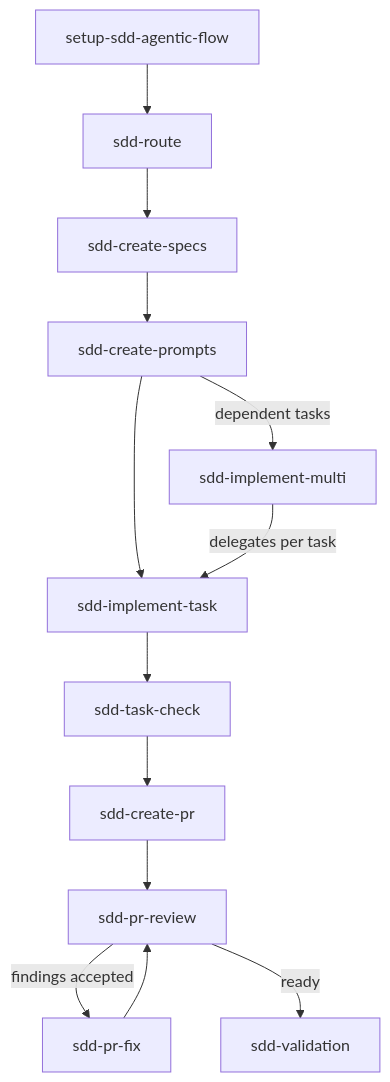
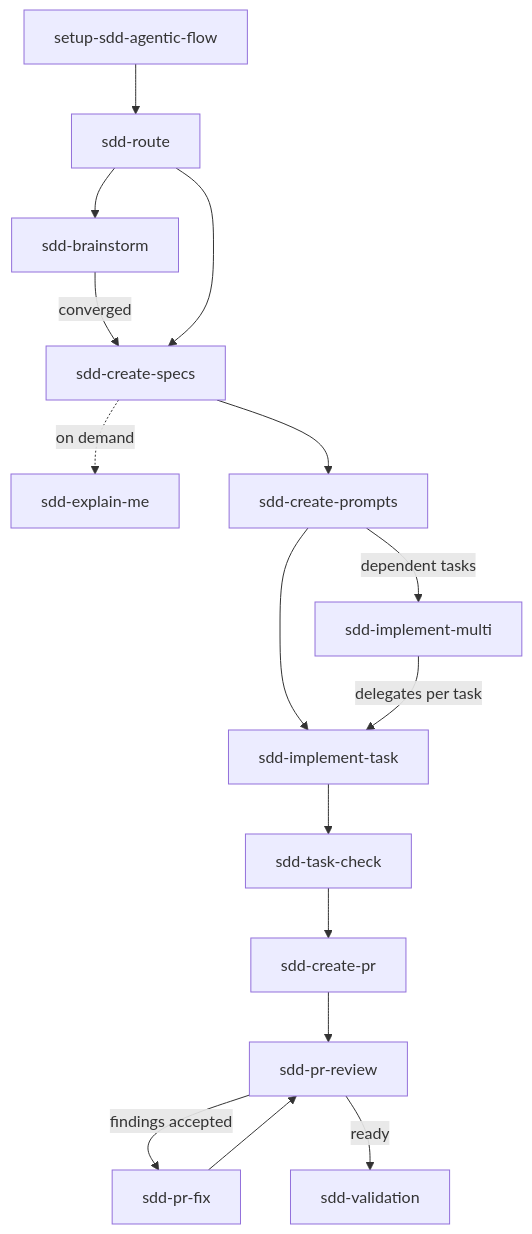
Before and after one commit to gmartins-dev/sdd-agentic-flow: the diagram in README.md, drawn with Mermaid. The commit also changed other lines of this file and 45 other files, not shown here.

````diff
--- a/README.md
+++ b/README.md
@@ -124,15 +124,18 @@
 ```mermaid
 flowchart TD
   setup[setup-sdd-agentic-flow] --> route[sdd-route]
-  route --> specs[sdd-create-specs]
+  route --> brainstorm[sdd-brainstorm]
+  brainstorm -->|converged| specs[sdd-create-specs]
+  route --> specs
+  specs -.->|on demand| explain[sdd-explain-me]
   specs --> prompts[sdd-create-prompts]
   prompts --> implement[sdd-implement-task]
   prompts -->|dependent tasks| implementmulti[sdd-implement-multi]
   implementmulti -->|delegates per task| implement
   implement --> check[sdd-task-check]
   check --> pr[sdd-create-pr]
   pr --> review[sdd-pr-review]
   review -->|findings accepted| fix[sdd-pr-fix]
   fix --> review
   review -->|ready| validate[sdd-validation]
 ```
````
